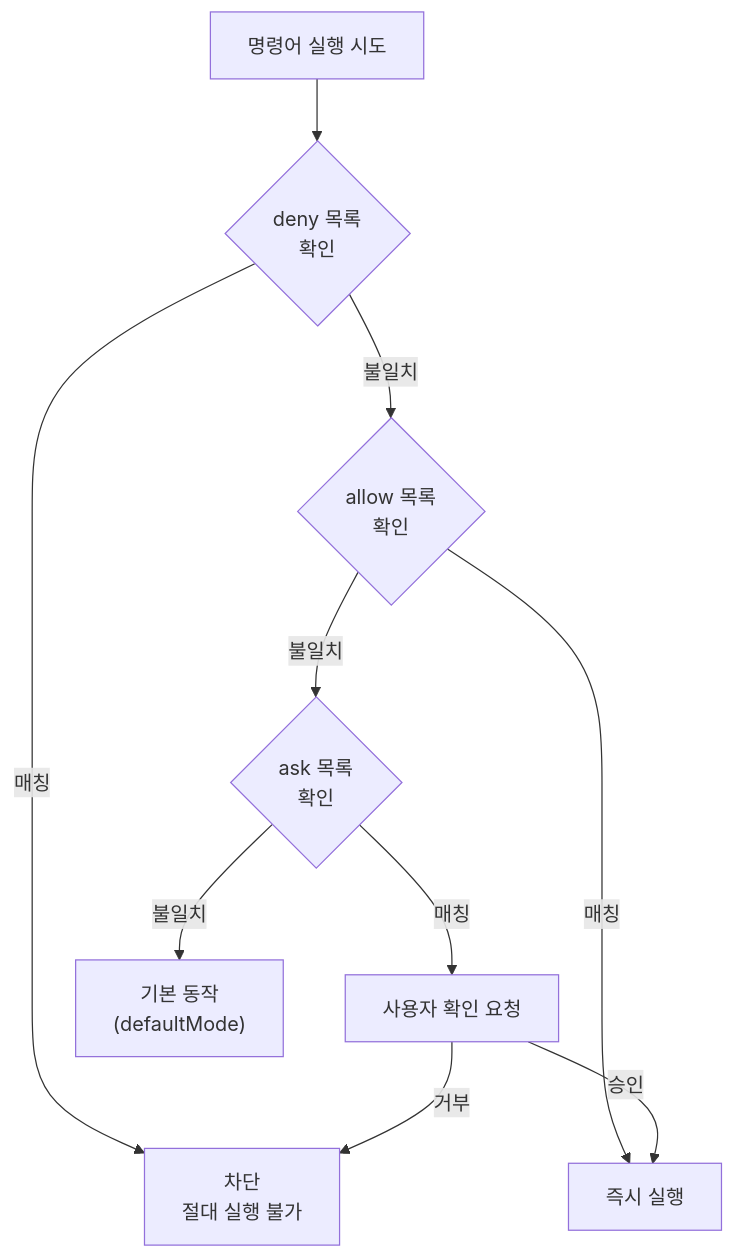
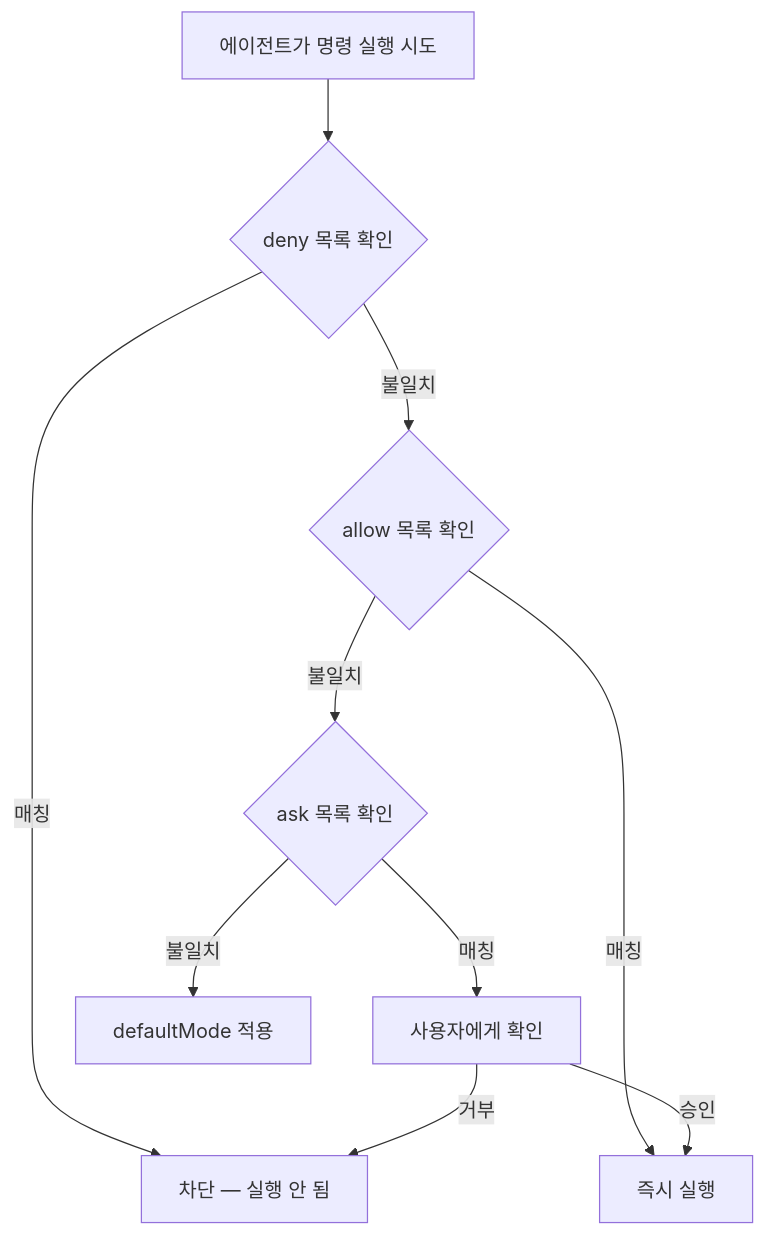
Before and after one commit to modu-ai/moai-adk: the second of 2 diagrams in docs-site/content/ko/advanced/settings-json.md, drawn with Mermaid. The commit also changed other lines of this file and 14 other files, not shown here.

````diff
--- a/docs-site/content/ko/advanced/settings-json.md
+++ b/docs-site/content/ko/advanced/settings-json.md
@@ -450,16 +90,12 @@
 ```mermaid
 flowchart TD
-    CMD["명령어 실행 시도"] --> CHECK_DENY{deny 목록<br>확인}
-
-    CHECK_DENY -->|매칭| BLOCK["차단<br>절대 실행 불가"]
-    CHECK_DENY -->|불일치| CHECK_ALLOW{allow 목록<br>확인}
-
-    CHECK_ALLOW -->|매칭| EXEC["즉시 실행"]
-    CHECK_ALLOW -->|불일치| CHECK_ASK{ask 목록<br>확인}
-
-    CHECK_ASK -->|매칭| ASK["사용자 확인 요청"]
-    CHECK_ASK -->|불일치| DEFAULT["기본 동작<br>(defaultMode)"]
-
-    ASK -->|승인| EXEC
-    ASK -->|거부| BLOCK
+    A["에이전트가 명령 실행 시도"] --> B{"deny 목록 확인"}
+    B -->|매칭| C["차단 — 실행 안 됨"]
+    B -->|불일치| D{"allow 목록 확인"}
+    D -->|매칭| E["즉시 실행"]
+    D -->|불일치| F{"ask 목록 확인"}
+    F -->|매칭| G["사용자에게 확인"]
+    F -->|불일치| H["defaultMode 적용"]
+    G -->|승인| E
+    G -->|거부| C
 ```
````
